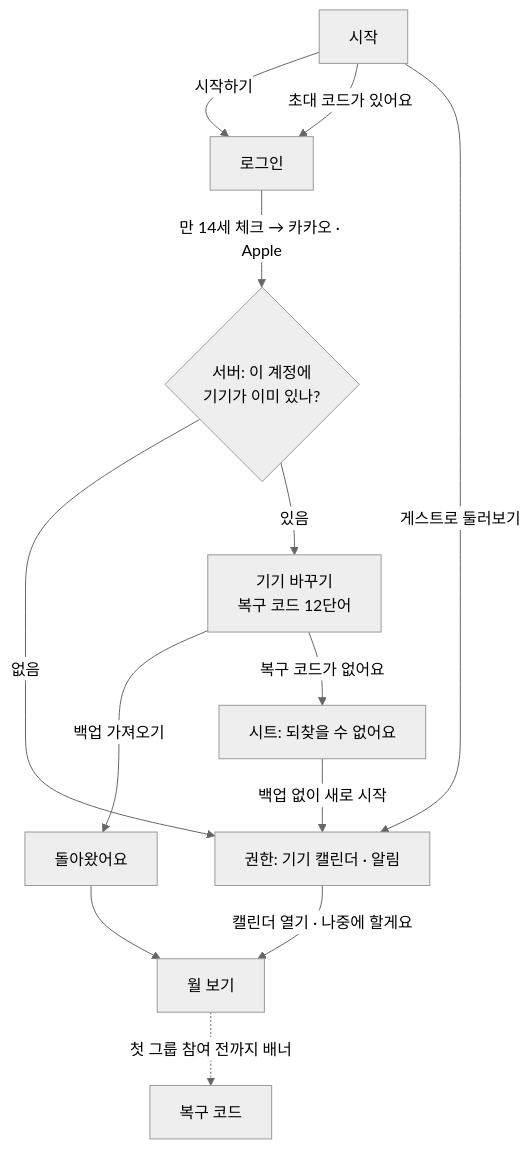
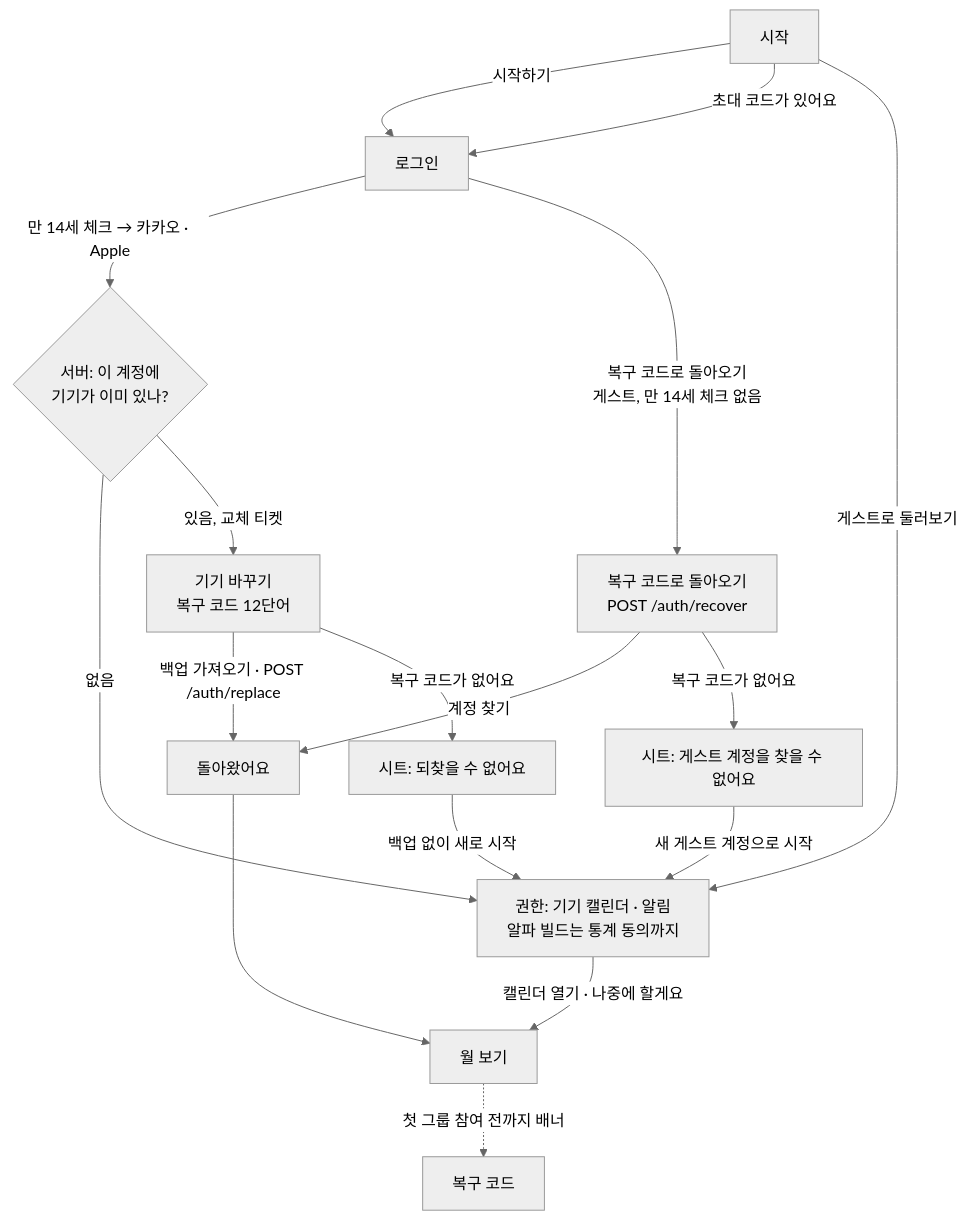
One commit to LeeDongHyun00/geunal-eottae changed the first of 5 diagrams in docs/design/m1.md. Above: the diagram before and after it, drawn with Mermaid (neutral theme). The commit also changed other lines of this file and 27 other files, not shown here.

````diff
--- a/docs/design/m1.md
+++ b/docs/design/m1.md
@@ -40,13 +41,16 @@
 ```mermaid
 flowchart TD
     A[시작] -->|시작하기| B[로그인]
     A -->|초대 코드가 있어요| B
     A -->|게스트로 둘러보기| C
     B -->|만 14세 체크 → 카카오 · Apple| S{서버: 이 계정에<br>기기가 이미 있나?}
-    S -->|없음| C[권한: 기기 캘린더 · 알림]
-    S -->|있음| R[기기 바꾸기<br>복구 코드 12단어]
-    R -->|백업 가져오기| R2[돌아왔어요] --> M
+    S -->|없음| C[권한: 기기 캘린더 · 알림<br>알파 빌드는 통계 동의까지]
+    S -->|있음, 교체 티켓| R[기기 바꾸기<br>복구 코드 12단어]
+    B -->|복구 코드로 돌아오기<br>게스트, 만 14세 체크 없음| G[복구 코드로 돌아오기<br>POST /auth/recover]
+    G -->|계정 찾기| R2
+    G -->|복구 코드가 없어요| G3[시트: 게스트 계정을 찾을 수 없어요] -->|새 게스트 계정으로 시작| C
+    R -->|백업 가져오기 · POST /auth/replace| R2[돌아왔어요] --> M
     R -->|복구 코드가 없어요| R3[시트: 되찾을 수 없어요] -->|백업 없이 새로 시작| C
     C -->|캘린더 열기 · 나중에 할게요| M[월 보기]
     M -.->|첫 그룹 참여 전까지 배너| K[복구 코드]
 ```
````
